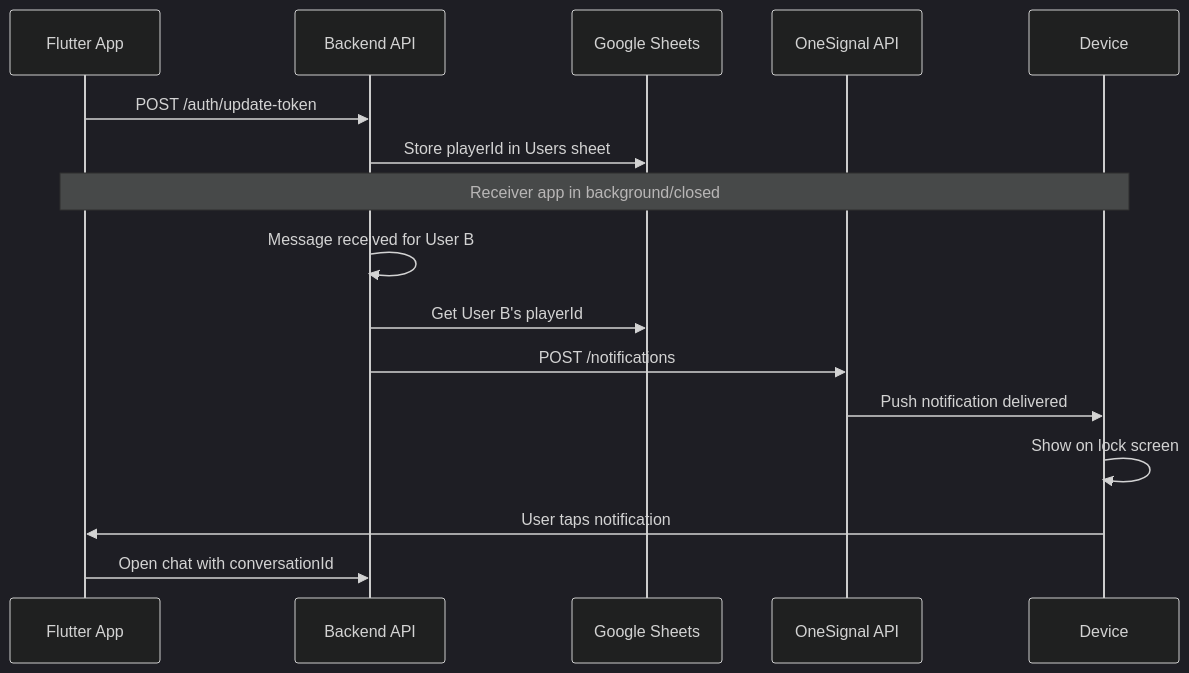
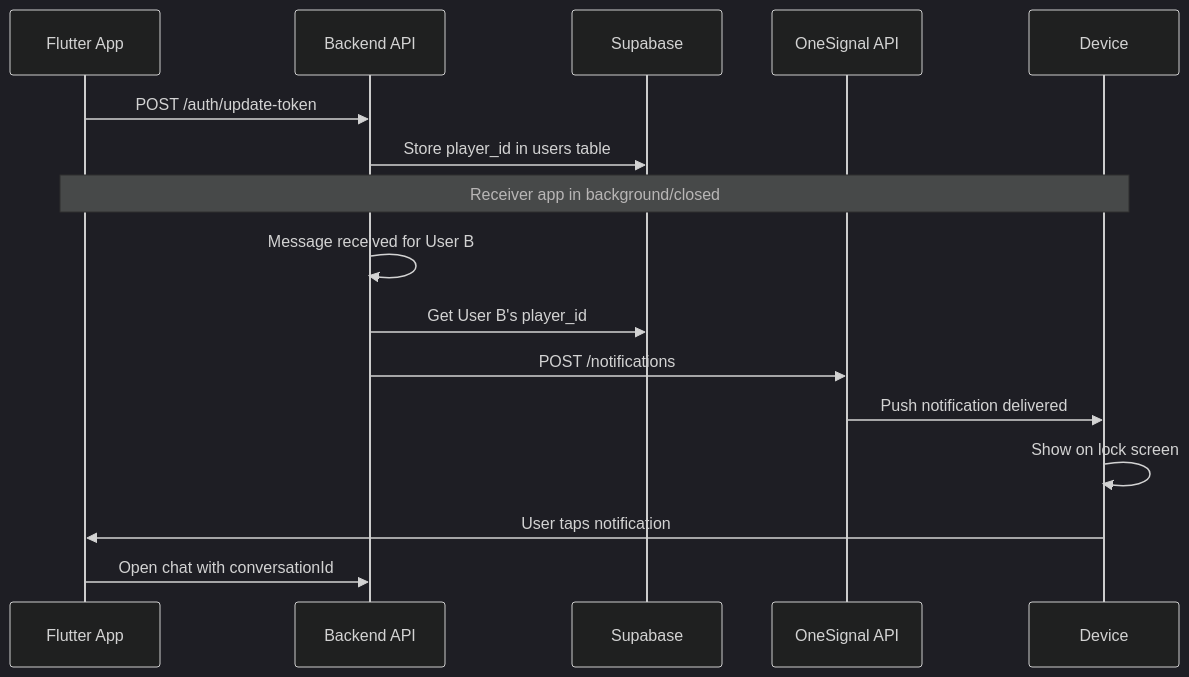
Before and after one commit to mvadly/api-mvchat: the fourth of 5 diagrams in README.md, drawn with Mermaid (dark theme). The commit also changed other lines of this file and 2 other files, not shown here.

````diff
--- a/README.md
+++ b/README.md
@@ -218,21 +214,21 @@
 ```mermaid
 sequenceDiagram
     participant F as Flutter App
     participant B as Backend API
-    participant S as Google Sheets
+    participant S as Supabase
     participant O as OneSignal API
     participant D as Device
 
     F->>B: POST /auth/update-token
-    B->>S: Store playerId in Users sheet
+    B->>S: Store player_id in users table
 
     note over F,D: Receiver app in background/closed
 
     B->>B: Message received for User B
-    B->>S: Get User B's playerId
+    B->>S: Get User B's player_id
     B->>O: POST /notifications
     O->>D: Push notification delivered
     D->>D: Show on lock screen
     D->>F: User taps notification
     F->>B: Open chat with conversationId
 ```
````
